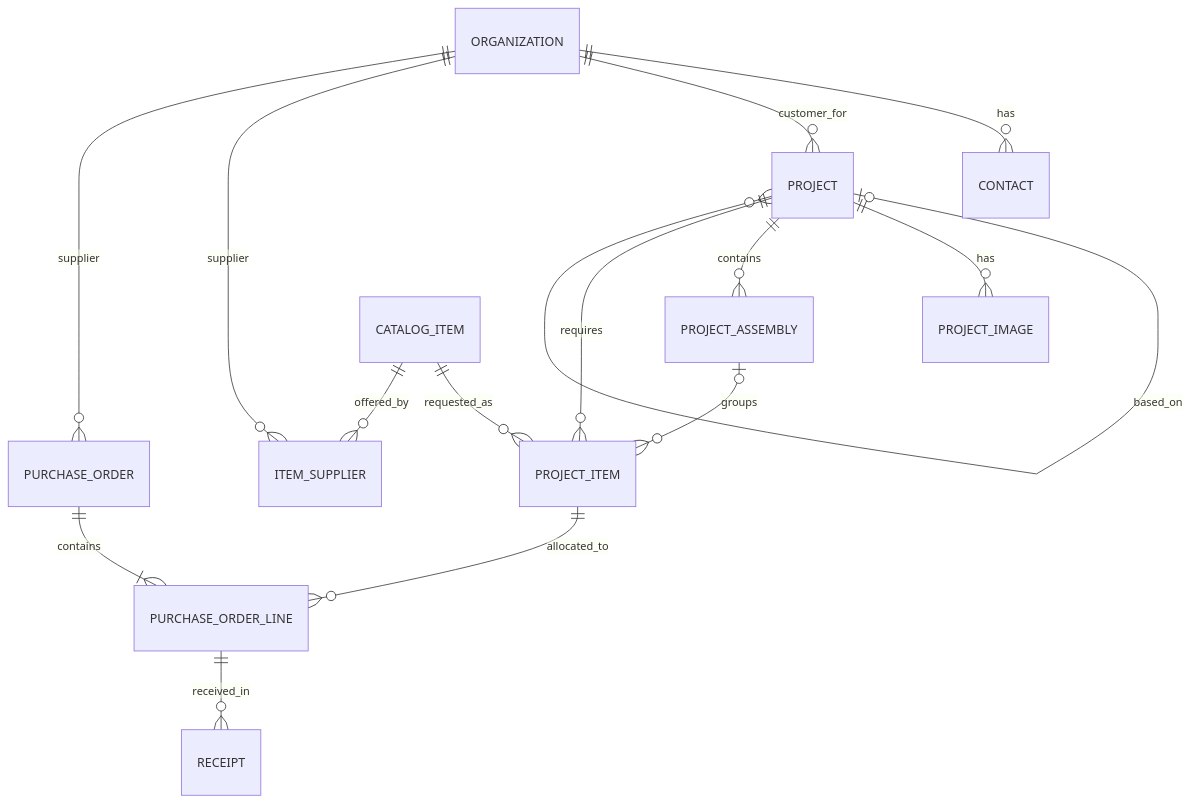
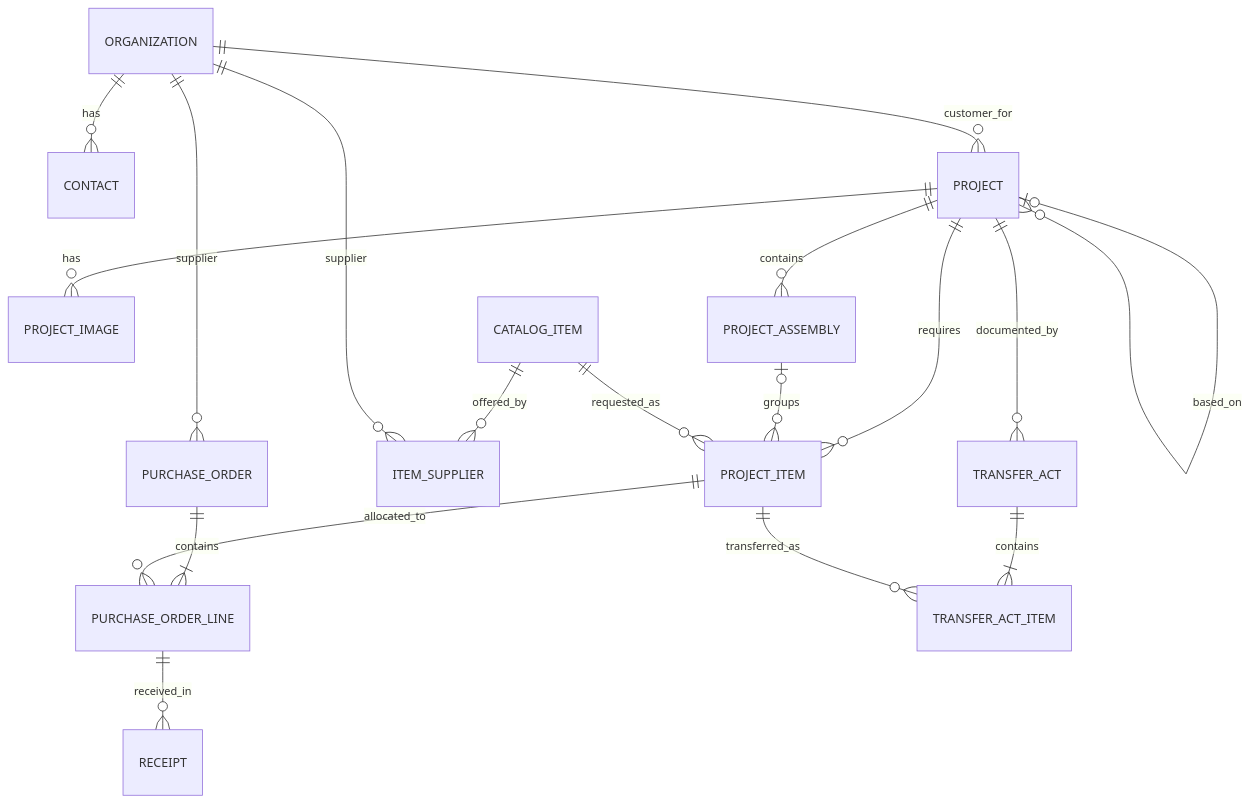
One commit to Yurchenkopi/eng_flow changed the diagram in docs/domain-model.md. Above: the diagram before and after it, drawn with Mermaid. The commit also changed other lines of this file and 38 other files, not shown here.

````diff
--- a/docs/domain-model.md
+++ b/docs/domain-model.md
@@ -7,17 +7,20 @@
 ```mermaid
 erDiagram
     ORGANIZATION ||--o{ CONTACT : has
     ORGANIZATION ||--o{ PROJECT : customer_for
     PROJECT o|--o{ PROJECT : based_on
     PROJECT ||--o{ PROJECT_IMAGE : has
     PROJECT ||--o{ PROJECT_ASSEMBLY : contains
     PROJECT ||--o{ PROJECT_ITEM : requires
     PROJECT_ASSEMBLY o|--o{ PROJECT_ITEM : groups
     CATALOG_ITEM ||--o{ PROJECT_ITEM : requested_as
     CATALOG_ITEM ||--o{ ITEM_SUPPLIER : offered_by
     ORGANIZATION ||--o{ ITEM_SUPPLIER : supplier
     ORGANIZATION ||--o{ PURCHASE_ORDER : supplier
     PURCHASE_ORDER ||--|{ PURCHASE_ORDER_LINE : contains
     PROJECT_ITEM ||--o{ PURCHASE_ORDER_LINE : allocated_to
     PURCHASE_ORDER_LINE ||--o{ RECEIPT : received_in
+    PROJECT ||--o{ TRANSFER_ACT : documented_by
+    TRANSFER_ACT ||--|{ TRANSFER_ACT_ITEM : contains
+    PROJECT_ITEM ||--o{ TRANSFER_ACT_ITEM : transferred_as
 ```
````
